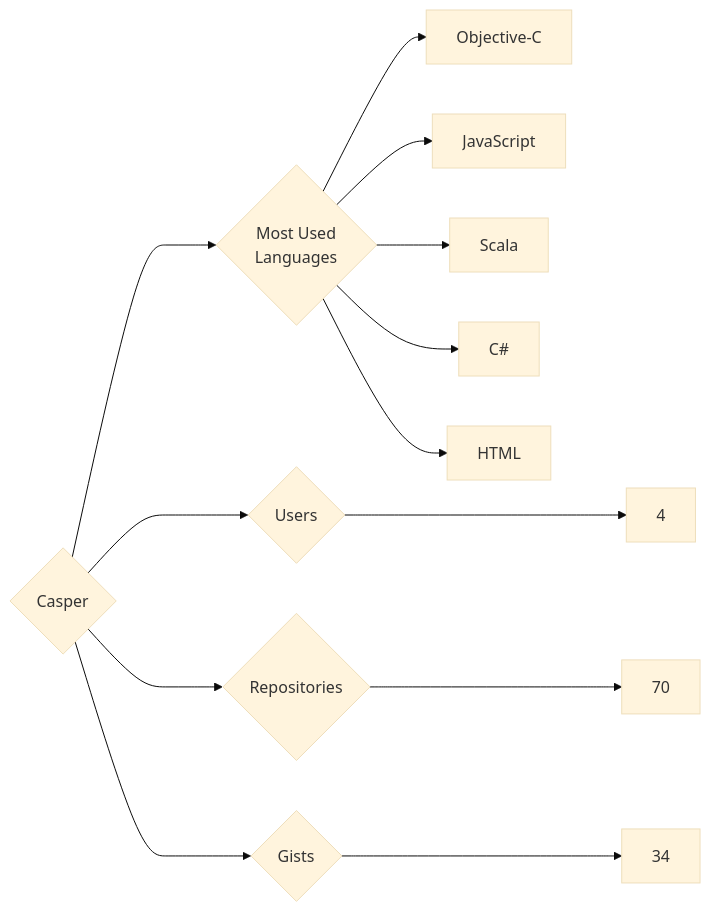
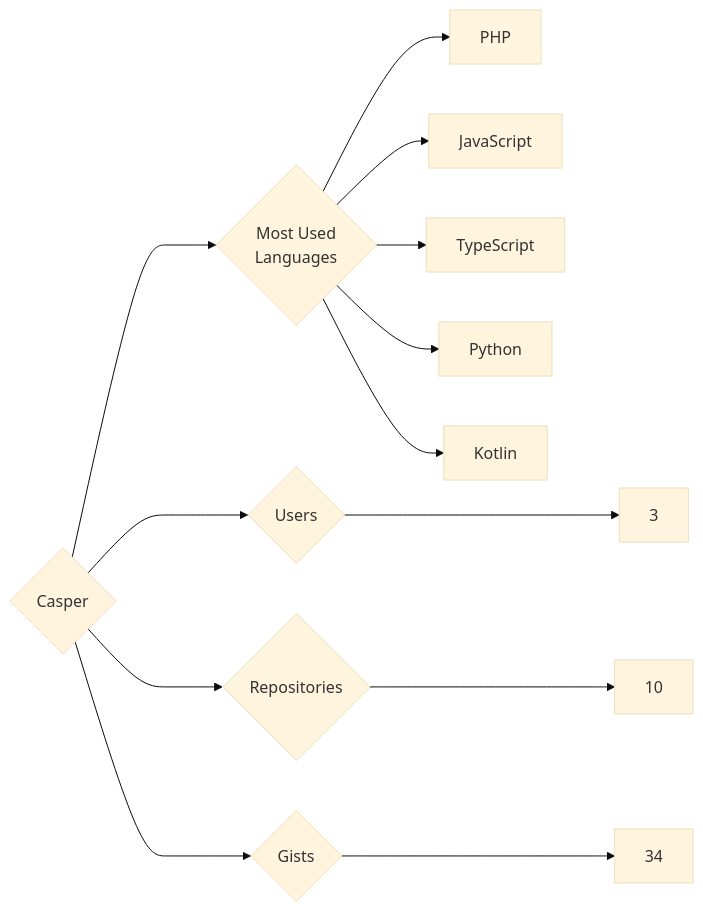
The diagram in targets/Casper/README.md (trickest/insiders), drawn with Mermaid (base theme) before and after one commit. The commit also changed 1166 other files, not shown here.

````diff
--- a/targets/Casper/README.md
+++ b/targets/Casper/README.md
@@ -3,13 +3,13 @@
 ```mermaid
 graph LR
 COMPANY_NAME{Casper}
-COMPANY_NAME ---> U{Users} ---> UN[4]
-COMPANY_NAME ---> R{Repositories} ---> RN[70]
+COMPANY_NAME ---> U{Users} ---> UN[3]
+COMPANY_NAME ---> R{Repositories} ---> RN[10]
 COMPANY_NAME ---> G{Gists} ---> GN[34]
 COMPANY_NAME ---> ML{Most Used<br>Languages}
-ML --> Objective-C[Objective-C]
+ML --> PHP[PHP]
 ML --> JavaScript[JavaScript]
-ML --> Scala[Scala]
-ML --> C#[C#]
-ML --> HTML[HTML]
+ML --> TypeScript[TypeScript]
+ML --> Python[Python]
+ML --> Kotlin[Kotlin]
 ```
````
